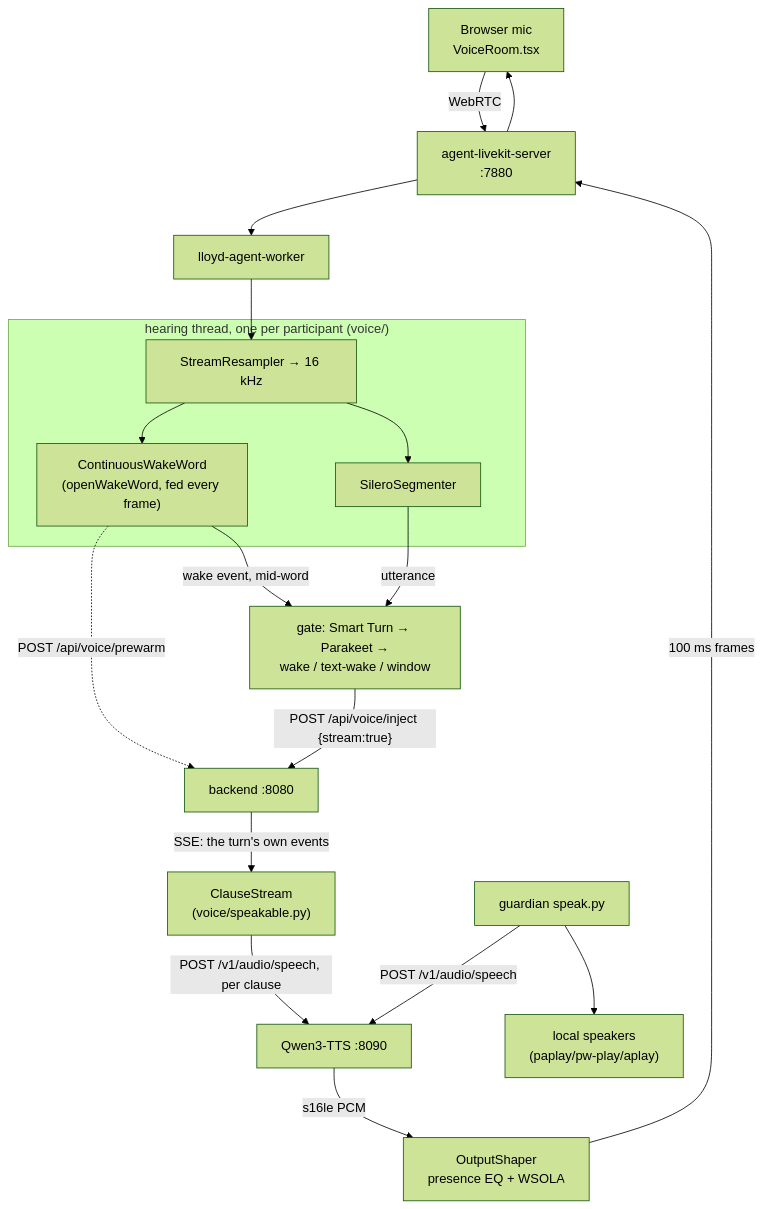
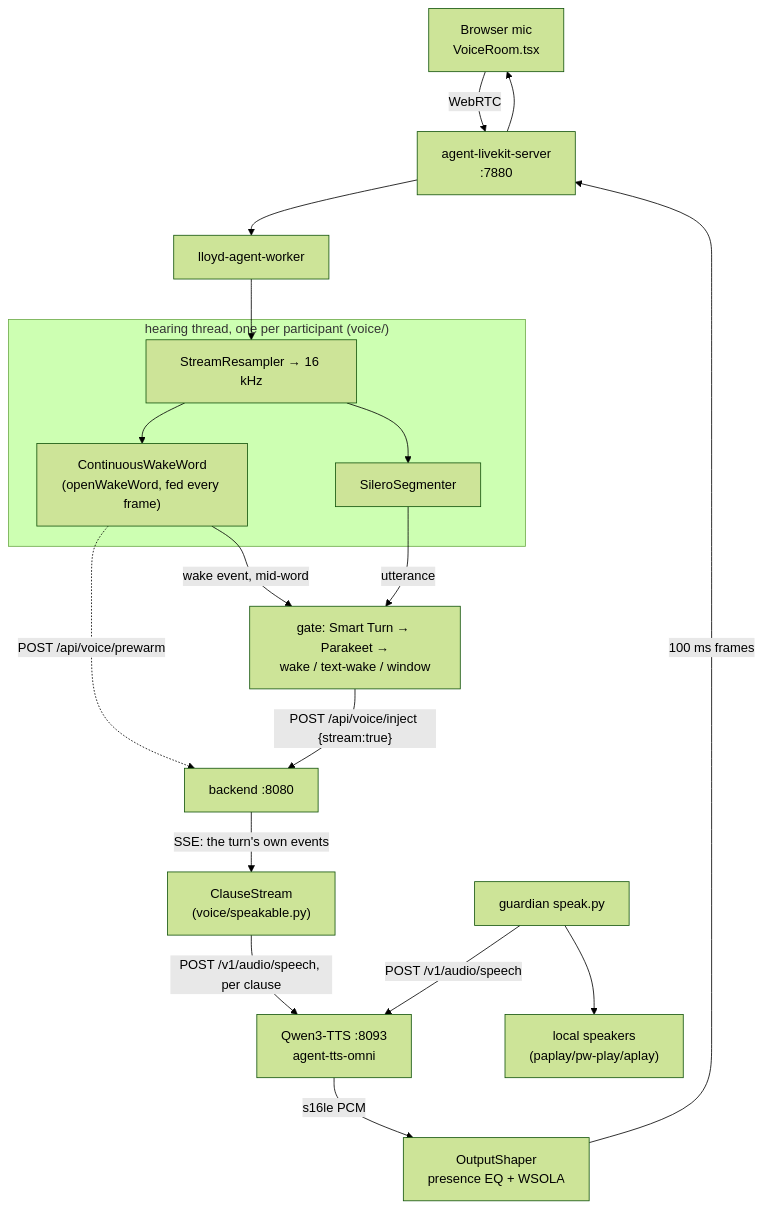
Before and after one commit to alansrobotlab2/lloyd: the diagram in architecture/voice.md, drawn with Mermaid (forest theme). The commit also changed other lines of this file, not shown here.

````diff
--- a/architecture/voice.md
+++ b/architecture/voice.md
@@ -56,24 +56,24 @@
 ```mermaid
 graph TB
     Browser["Browser mic<br/>VoiceRoom.tsx"] -->|"WebRTC"| SFU["agent-livekit-server<br/>:7880"]
     SFU --> Worker["lloyd-agent-worker"]
 
     subgraph "hearing thread, one per participant (voice/)"
         RS["StreamResampler → 16 kHz"] --> WW["ContinuousWakeWord<br/>(openWakeWord, fed every frame)"]
         RS --> VAD["SileroSegmenter"]
     end
     Worker --> RS
     WW -->|"wake event, mid-word"| Gate
     VAD -->|"utterance"| Gate["gate: Smart Turn → Parakeet →<br/>wake / text-wake / window"]
 
     WW -.->|"POST /api/voice/prewarm"| Backend
     Gate -->|"POST /api/voice/inject {stream:true}"| Backend["backend :8080"]
     Backend -->|"SSE: the turn's own events"| Clauses["ClauseStream<br/>(voice/speakable.py)"]
-    Clauses -->|"POST /v1/audio/speech, per clause"| TTS["Qwen3-TTS :8090"]
+    Clauses -->|"POST /v1/audio/speech, per clause"| TTS["Qwen3-TTS :8093<br/>agent-tts-omni"]
     TTS -->|"s16le PCM"| Shaper["OutputShaper<br/>presence EQ + WSOLA"]
     Shaper -->|"100 ms frames"| SFU
     SFU --> Browser
 
     Guardian["guardian speak.py"] -->|"POST /v1/audio/speech"| TTS
     Guardian --> Speakers["local speakers<br/>(paplay/pw-play/aplay)"]
 ```
````
